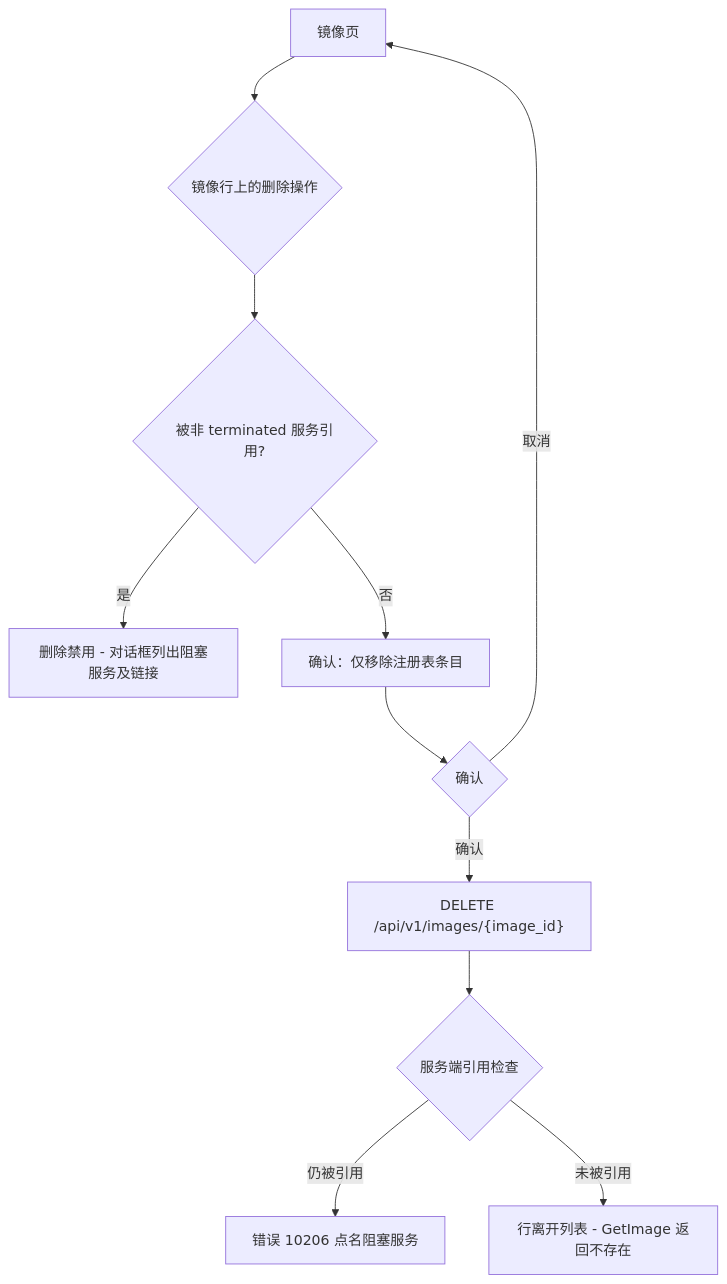
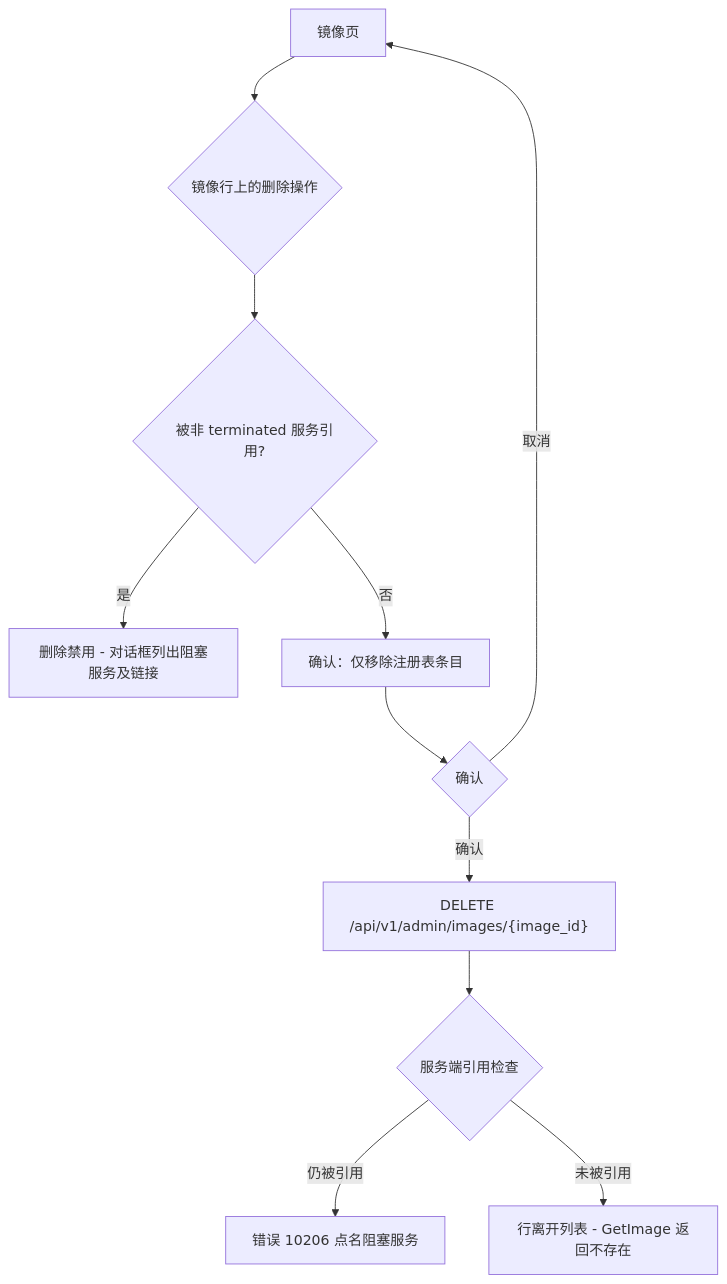
One commit to go-taas/go-taas changed the fourth of 4 diagrams in site/docs/design/image-management.zh-cn.md. Above: the diagram before and after it, drawn with Mermaid. The commit also changed other lines of this file and 13 other files, not shown here.

````diff
--- a/site/docs/design/image-management.zh-cn.md
+++ b/site/docs/design/image-management.zh-cn.md
@@ -231,13 +231,13 @@
 ```mermaid
 flowchart TD
     A["镜像页"] --> B{"镜像行上的删除操作"}
     B --> C{"被非 terminated 服务引用?"}
     C -->|是| D["删除禁用 - 对话框列出阻塞服务及链接"]
     C -->|否| E["确认：仅移除注册表条目"]
     E --> F{"确认"}
     F -->|取消| A
-    F -->|确认| G["DELETE /api/v1/images/{image_id}"]
+    F -->|确认| G["DELETE /api/v1/admin/images/{image_id}"]
     G --> H{"服务端引用检查"}
     H -->|仍被引用| I["错误 10206 点名阻塞服务"]
     H -->|未被引用| J["行离开列表 - GetImage 返回不存在"]
 ```
````
